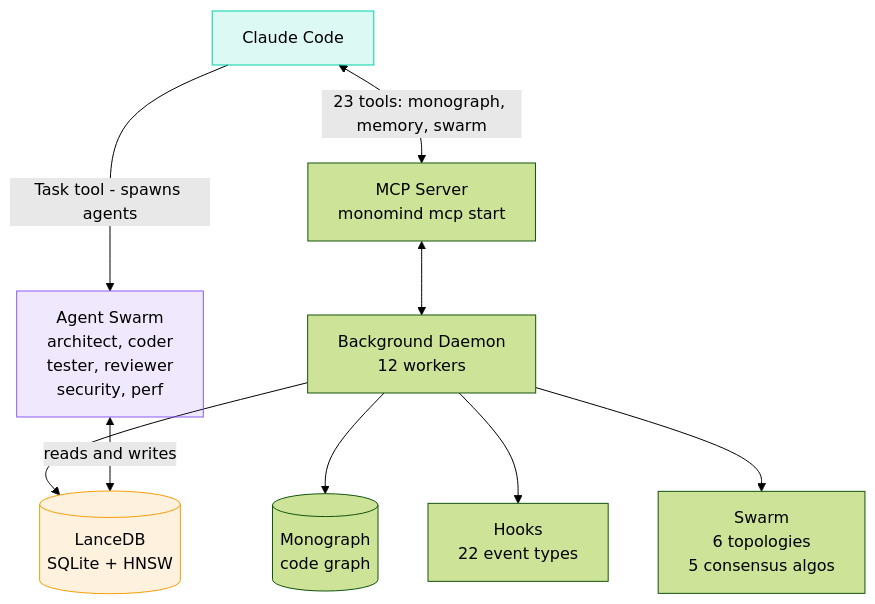
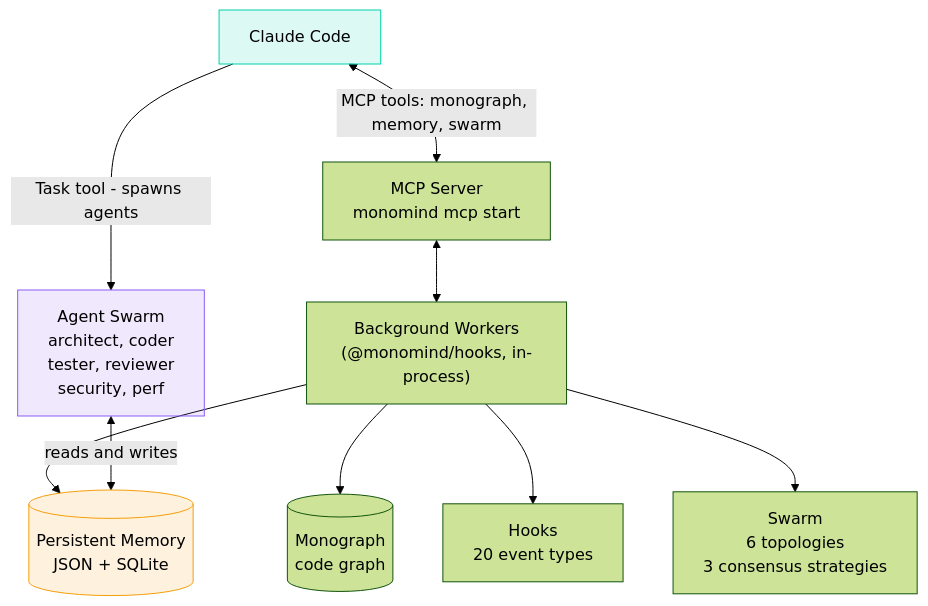
One commit to monoes/monomind changed the fifth of 5 diagrams in packages/@monomind/cli/README.md. Above: the diagram before and after it, drawn with Mermaid (forest theme). The commit also changed other lines of this file and 26 other files, not shown here.

````diff
--- a/packages/@monomind/cli/README.md
+++ b/packages/@monomind/cli/README.md
@@ -352,21 +334,21 @@
 ```mermaid
 graph TD
     CC["Claude Code"]
     MCP["MCP Server\nmonomind mcp start"]
-    D["Background Daemon\n12 workers"]
+    D["Background Workers\n(@monomind/hooks, in-process)"]
 
-    CC <-->|"23 tools: monograph, memory, swarm"| MCP
+    CC <-->|"MCP tools: monograph, memory, swarm"| MCP
     MCP <--> D
 
-    D --> ADB[("LanceDB\nSQLite + HNSW")]
+    D --> ADB[("Persistent Memory\nJSON + SQLite")]
     D --> MG[("Monograph\ncode graph")]
-    D --> HK["Hooks\n22 event types"]
-    D --> SW["Swarm\n6 topologies\n5 consensus algos"]
+    D --> HK["Hooks\n20 event types"]
+    D --> SW["Swarm\n6 topologies\n3 consensus strategies"]
 
     CC -->|"Task tool - spawns agents"| AG["Agent Swarm\narchitect, coder\ntester, reviewer\nsecurity, perf"]
     AG <-->|reads and writes| ADB
 
     style CC fill:#00D2AA22,stroke:#00D2AA
     style AG fill:#8B5CF622,stroke:#8B5CF6
     style ADB fill:#F59E0B22,stroke:#F59E0B
 ```
````
